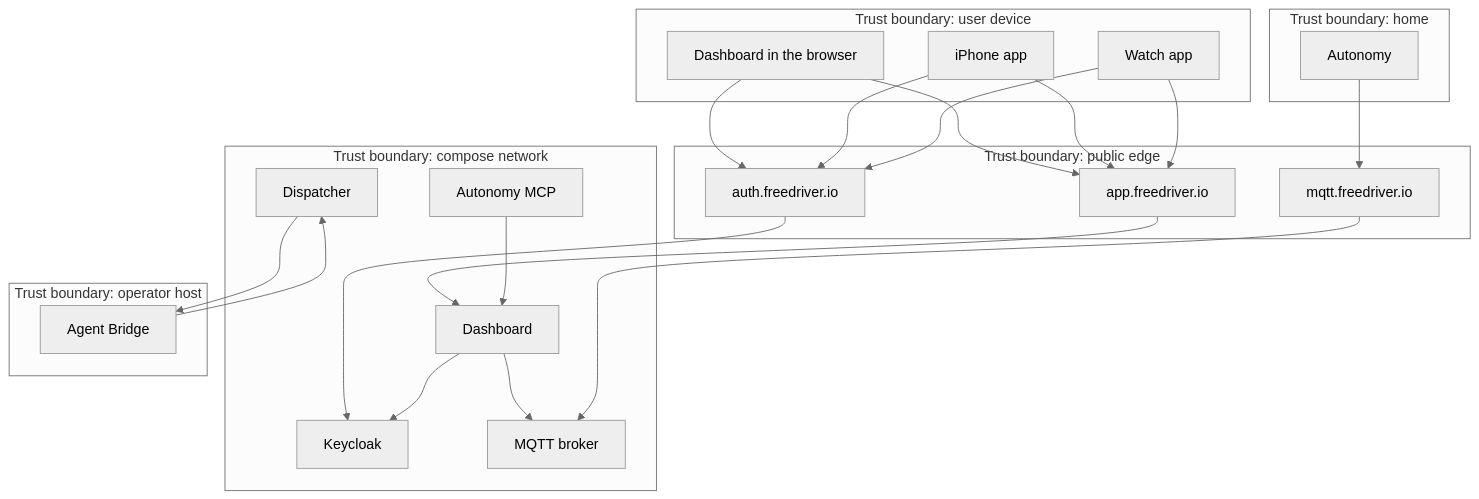
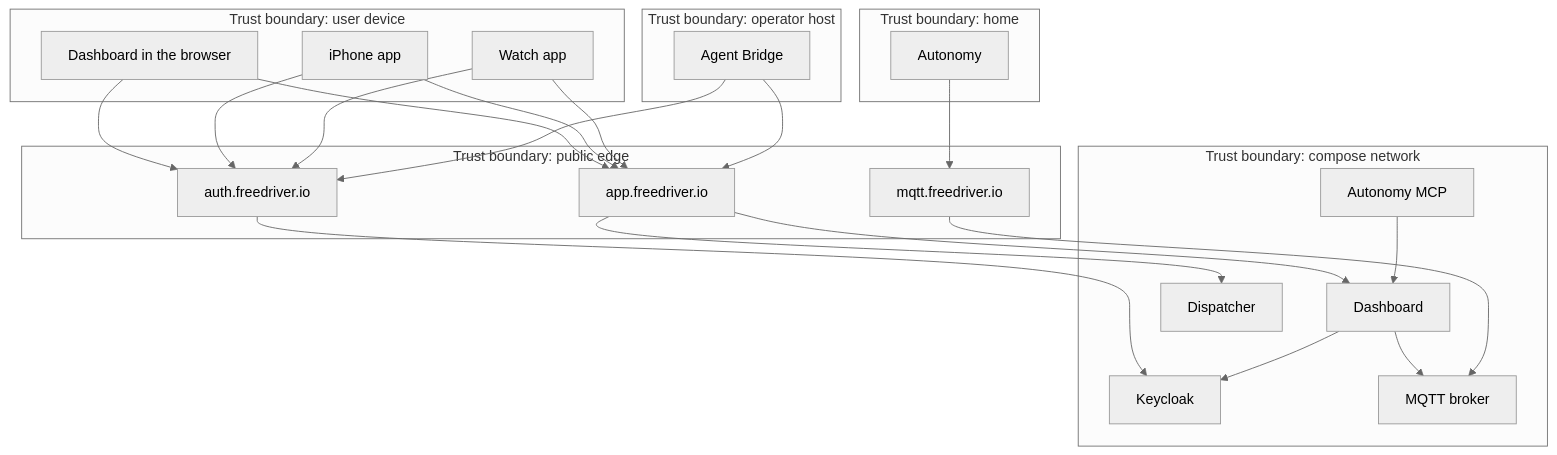
The diagram in docs/system-map.md (kazetsukaimiko/freedriver-web), drawn with Mermaid (neutral theme) before and after one commit. The commit also changed other lines of this file and 3 other files, not shown here.

````diff
--- a/docs/system-map.md
+++ b/docs/system-map.md
@@ -5,41 +5,42 @@
 ```mermaid
 flowchart TB
   subgraph devices["Trust boundary: user device"]
     ios[iPhone app]
     watch[Watch app]
     browser[Dashboard in the browser]
   end
   subgraph edge["Trust boundary: public edge"]
     app[app.freedriver.io]
     auth[auth.freedriver.io]
     mqttname[mqtt.freedriver.io]
   end
   subgraph compose["Trust boundary: compose network"]
     dash[Dashboard]
     kc[Keycloak]
     broker[MQTT broker]
     automcp[Autonomy MCP]
     disp[Dispatcher]
   end
   subgraph home["Trust boundary: home"]
     autonomy[Autonomy]
   end
   subgraph operator["Trust boundary: operator host"]
     bridge[Agent Bridge]
   end
   browser --> app
   ios --> app
   watch --> app
   app --> dash
   browser --> auth
   ios --> auth
   watch --> auth
   auth --> kc
   dash --> kc
   dash --> broker
   automcp --> dash
   autonomy --> mqttname
   mqttname --> broker
-  disp --> bridge
-  bridge --> disp
+  bridge --> app
+  app --> disp
+  bridge --> auth
 ```
````
